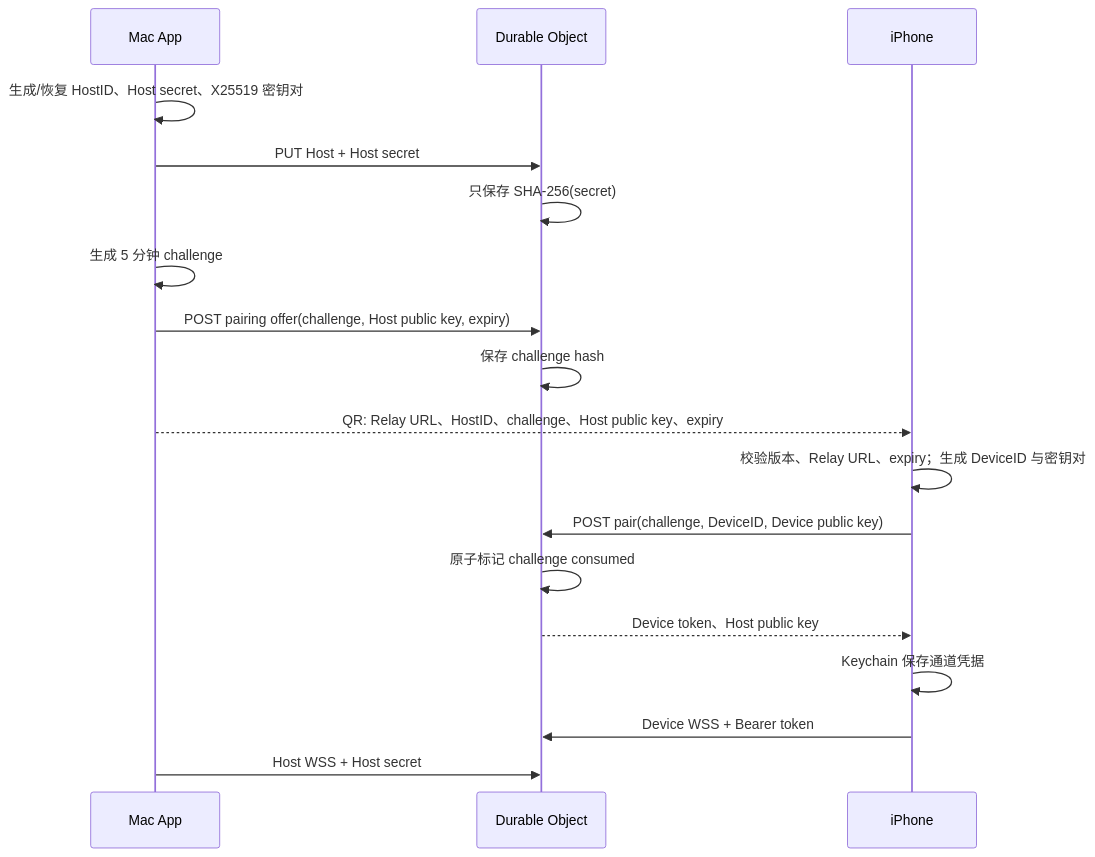
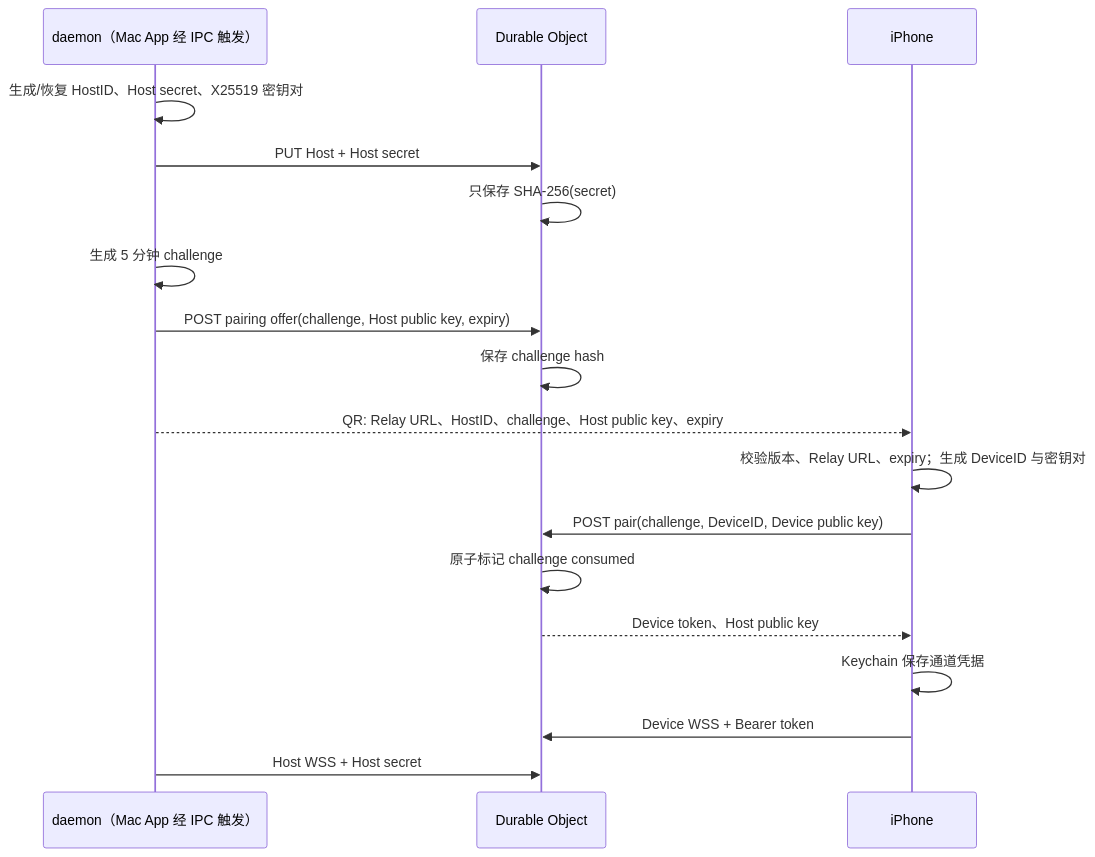
One commit to AFutureD/Lumi changed the second of 2 diagrams in docs/design/relay-pairing-security.md. Above: the diagram before and after it, drawn with Mermaid. The commit also changed other lines of this file and 11 other files, not shown here.

````diff
--- a/docs/design/relay-pairing-security.md
+++ b/docs/design/relay-pairing-security.md
@@ -50,21 +50,21 @@
 ```mermaid
 sequenceDiagram
-    participant M as Mac App
+    participant M as daemon（Mac App 经 IPC 触发）
     participant R as Durable Object
     participant I as iPhone
 
     M->>M: 生成/恢复 HostID、Host secret、X25519 密钥对
     M->>R: PUT Host + Host secret
     R->>R: 只保存 SHA-256(secret)
     M->>M: 生成 5 分钟 challenge
     M->>R: POST pairing offer(challenge, Host public key, expiry)
     R->>R: 保存 challenge hash
     M-->>I: QR: Relay URL、HostID、challenge、Host public key、expiry
     I->>I: 校验版本、Relay URL、expiry；生成 DeviceID 与密钥对
     I->>R: POST pair(challenge, DeviceID, Device public key)
     R->>R: 原子标记 challenge consumed
     R-->>I: Device token、Host public key
     I->>I: Keychain 保存通道凭据
     I->>R: Device WSS + Bearer token
     M->>R: Host WSS + Host secret
 ```
````
